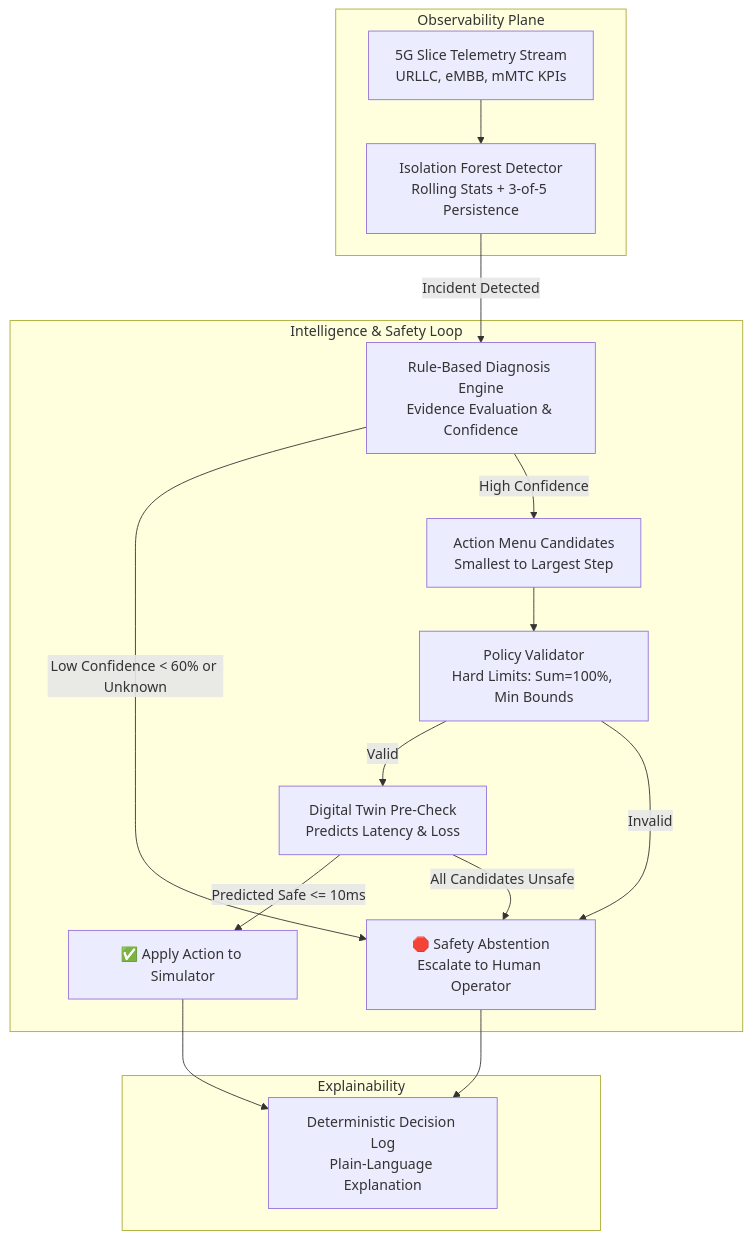
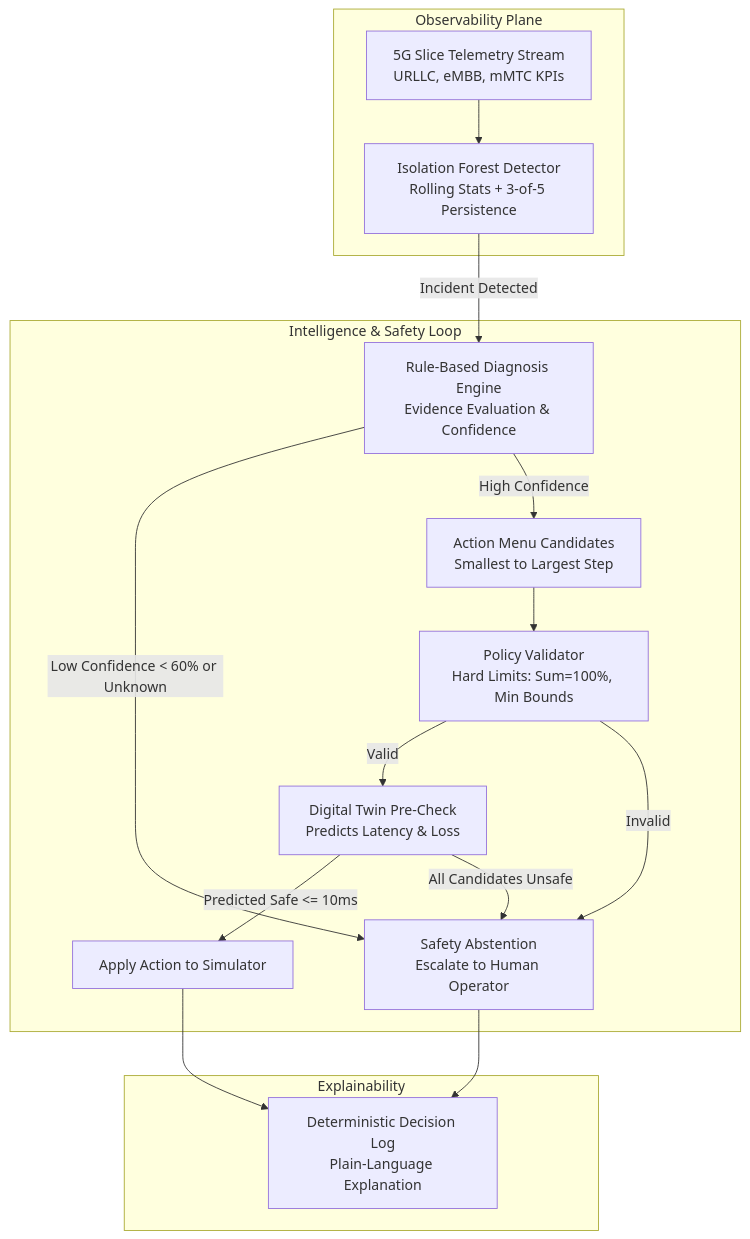
One commit to generativeguy07/SliceGaurd changed the diagram in README.md. Above: the diagram before and after it, drawn with Mermaid. The commit also changed other lines of this file and 8 other files, not shown here.

````diff
--- a/README.md
+++ b/README.md
@@ -13,23 +13,23 @@
 ```mermaid
 flowchart TD
     subgraph Observability Plane
         A[5G Slice Telemetry Stream\nURLLC, eMBB, mMTC KPIs] --> B[Isolation Forest Detector\nRolling Stats + 3-of-5 Persistence]
     end
 
     subgraph Intelligence & Safety Loop
         B -- Incident Detected --> C[Rule-Based Diagnosis Engine\nEvidence Evaluation & Confidence]
-        C -- Low Confidence < 60% or Unknown --> D[🛑 Safety Abstention\nEscalate to Human Operator]
+        C -- Low Confidence < 60% or Unknown --> D[Safety Abstention\nEscalate to Human Operator]
         C -- High Confidence --> E[Action Menu Candidates\nSmallest to Largest Step]
         
         E --> F[Policy Validator\nHard Limits: Sum=100%, Min Bounds]
         F -- Valid --> G[Digital Twin Pre-Check\nPredicts Latency & Loss]
-        G -- Predicted Safe <= 10ms --> H[✅ Apply Action to Simulator]
+        G -- Predicted Safe <= 10ms --> H[Apply Action to Simulator]
         G -- All Candidates Unsafe --> D
         F -- Invalid --> D
     end
 
     subgraph Explainability
         H --> I[Deterministic Decision Log\nPlain-Language Explanation]
         D --> I
     end
 ```
````
